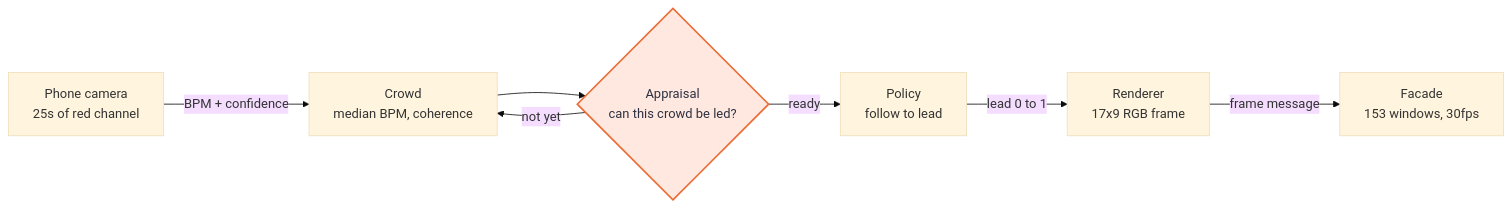
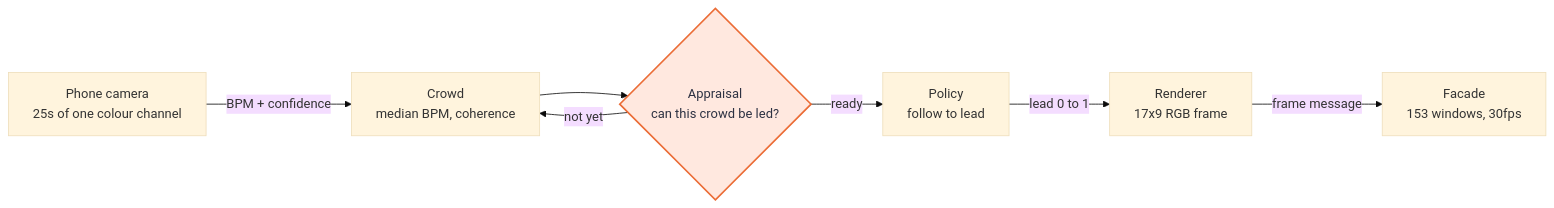
One commit to wilsonwu-ai/sync-green-building changed the first of 3 diagrams in README.md. Above: the diagram before and after it, drawn with Mermaid (base theme). The commit also changed other lines of this file and 4 other files, not shown here.

````diff
--- a/README.md
+++ b/README.md
@@ -51,19 +51,19 @@
 ```mermaid
 flowchart LR
-    P["Phone camera<br/>25s of red channel"]
+    P["Phone camera<br/>25s of one colour channel"]
     C["Crowd<br/>median BPM, coherence"]
     A{"Appraisal<br/>can this crowd be led?"}
     S["Policy<br/>follow to lead"]
     R["Renderer<br/>17x9 RGB frame"]
     D["Facade<br/>153 windows, 30fps"]
 
     P -->|"BPM + confidence"| C
     C --> A
     A -->|"not yet"| C
     A -->|"ready"| S
     S -->|"lead 0 to 1"| R
     R -->|"frame message"| D
 
     classDef focal fill:#ffe8df,stroke:#eb6c36,stroke-width:2px,color:#2d3142
     class A focal
 ```
````
